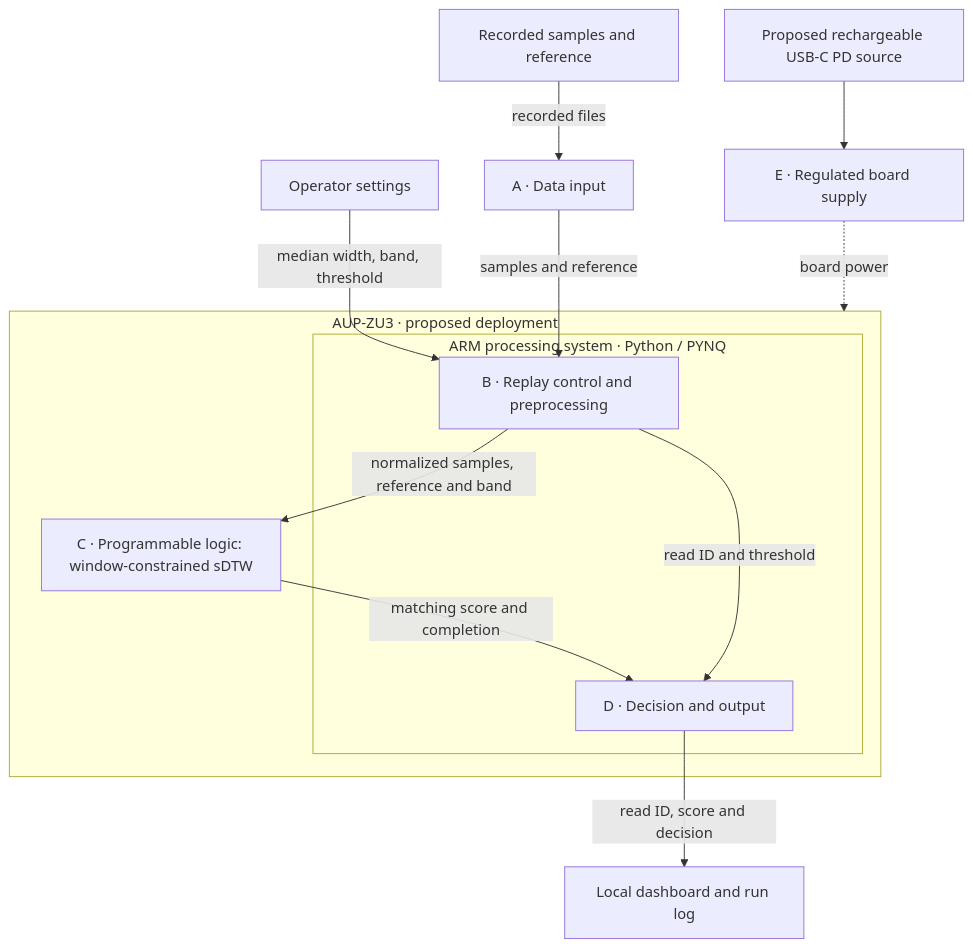
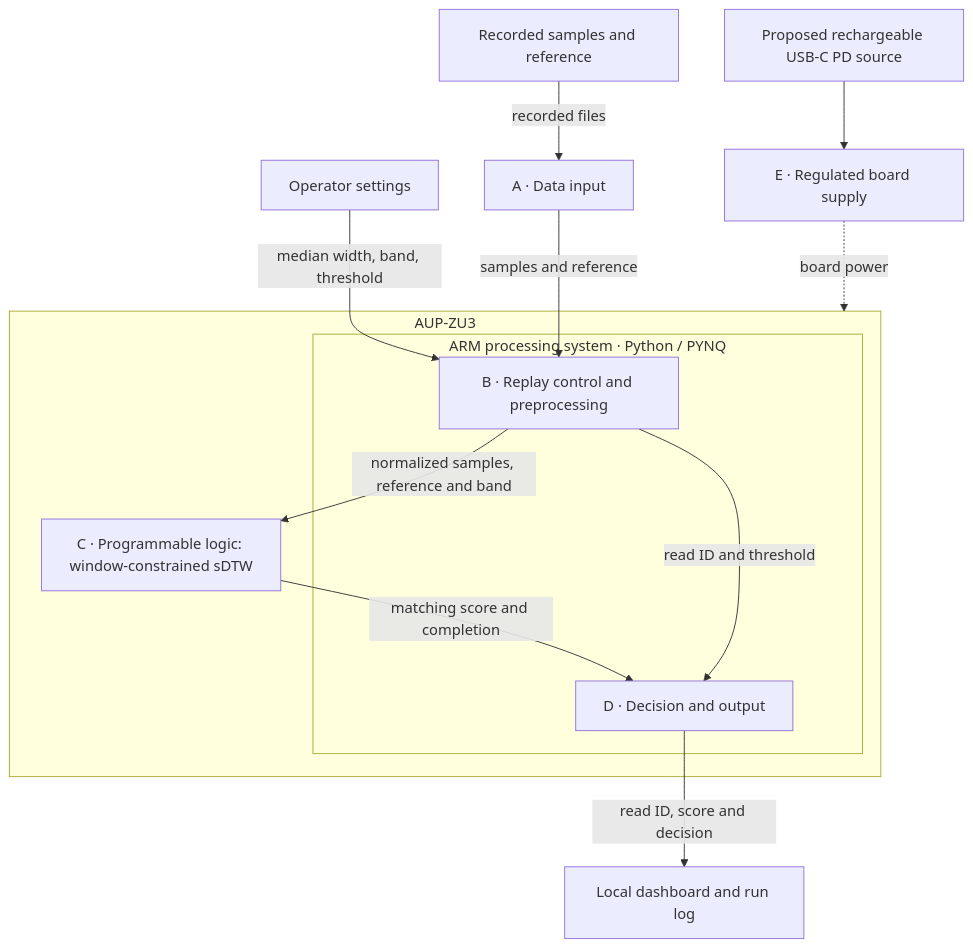
The diagram in README.md (Team-12R/PocketFilter), drawn with Mermaid before and after one commit. The commit also changed other lines of this file and 16 other files, not shown here.

Commit message:
Verify recorded RTL transactions and correct PS reset wiring for board deployment

````diff
--- a/README.md
+++ b/README.md
@@ -13,19 +13,19 @@
 ```mermaid
 flowchart TB
     files["Recorded samples and reference"] -->|"recorded files"| input["A · Data input"]
     operator["Operator settings"] -->|"median width, band, threshold"| control
-    subgraph board["AUP-ZU3 · proposed deployment"]
+    subgraph board["AUP-ZU3"]
       subgraph ps["ARM processing system · Python / PYNQ"]
         control["B · Replay control and preprocessing"]
         output["D · Decision and output"]
       end
       kernel["C · Programmable logic: window-constrained sDTW"]
       control -->|"normalized samples, reference and band"| kernel
       kernel -->|"matching score and completion"| output
       control -->|"read ID and threshold"| output
     end
     input -->|"samples and reference"| control
     supply["Proposed rechargeable USB-C PD source"] --> power
     power["E · Regulated board supply"] -.->|"board power"| board
     output -->|"read ID, score and decision"| log["Local dashboard and run log"]
 ```
````
